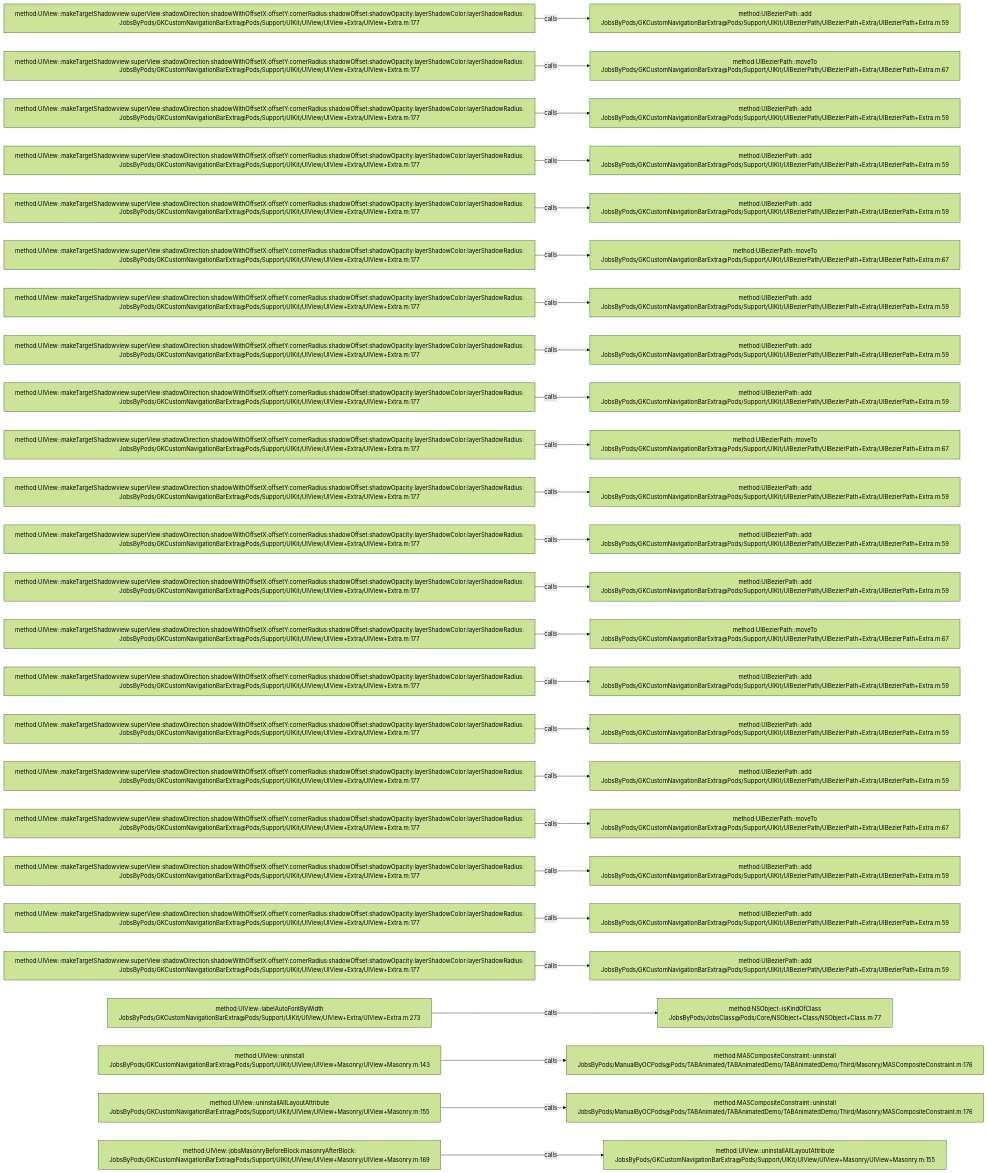
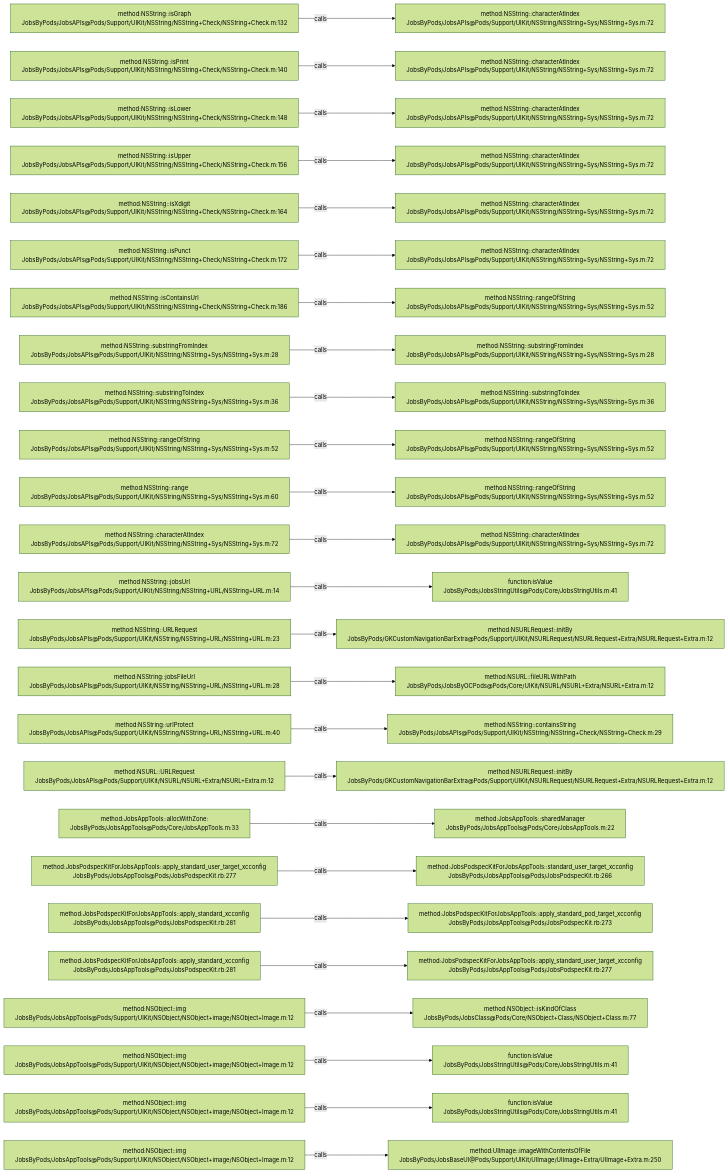
Before and after one commit to JobsKits/JobsOCBaseConfigDemo: the diagram in .codegraph/codegraph.md/graphs/calls-008.md, drawn with Mermaid (forest theme). The commit also changed 573 other files, not shown here.

````diff
--- a/.codegraph/codegraph.md/graphs/calls-008.md
+++ b/.codegraph/codegraph.md/graphs/calls-008.md
@@ -13,78 +13,78 @@
 ```mermaid
 flowchart LR
-  S1["method:UIView::makeTargetShadowview:superView:shadowDirection:shadowWithOffsetX:offsetY:cornerRadius:shadowOffset:shadowOpacity:layerShadowColor:layerShadowRadius:<br/>JobsByPods/GKCustomNavigationBarExtra@Pods/Support/UIKit/UIView/UIView+Extra/UIView+Extra.m:177"]
-  T1["method:UIBezierPath::add<br/>JobsByPods/GKCustomNavigationBarExtra@Pods/Support/UIKit/UIBezierPath/UIBezierPath+Extra/UIBezierPath+Extra.m:59"]
+  S1["method:NSString::isGraph<br/>JobsByPods/JobsAPIs@Pods/Support/UIKit/NSString/NSString+Check/NSString+Check.m:132"]
+  T1["method:NSString::characterAtIndex<br/>JobsByPods/JobsAPIs@Pods/Support/UIKit/NSString/NSString+Sys/NSString+Sys.m:72"]
   S1 -->|calls| T1
-  S2["method:UIView::makeTargetShadowview:superView:shadowDirection:shadowWithOffsetX:offsetY:cornerRadius:shadowOffset:shadowOpacity:layerShadowColor:layerShadowRadius:<br/>JobsByPods/GKCustomNavigationBarExtra@Pods/Support/UIKit/UIView/UIView+Extra/UIView+Extra.m:177"]
-  T2["method:UIBezierPath::moveTo<br/>JobsByPods/GKCustomNavigationBarExtra@Pods/Support/UIKit/UIBezierPath/UIBezierPath+Extra/UIBezierPath+Extra.m:67"]
+  S2["method:NSString::isPrint<br/>JobsByPods/JobsAPIs@Pods/Support/UIKit/NSString/NSString+Check/NSString+Check.m:140"]
+  T2["method:NSString::characterAtIndex<br/>JobsByPods/JobsAPIs@Pods/Support/UIKit/NSString/NSString+Sys/NSString+Sys.m:72"]
   S2 -->|calls| T2
-  S3["method:UIView::makeTargetShadowview:superView:shadowDirection:shadowWithOffsetX:offsetY:cornerRadius:shadowOffset:shadowOpacity:layerShadowColor:layerShadowRadius:<br/>JobsByPods/GKCustomNavigationBarExtra@Pods/Support/UIKit/UIView/UIView+Extra/UIView+Extra.m:177"]
-  T3["method:UIBezierPath::add<br/>JobsByPods/GKCustomNavigationBarExtra@Pods/Support/UIKit/UIBezierPath/UIBezierPath+Extra/UIBezierPath+Extra.m:59"]
+  S3["method:NSString::isLower<br/>JobsByPods/JobsAPIs@Pods/Support/UIKit/NSString/NSString+Check/NSString+Check.m:148"]
+  T3["method:NSString::characterAtIndex<br/>JobsByPods/JobsAPIs@Pods/Support/UIKit/NSString/NSString+Sys/NSString+Sys.m:72"]
   S3 -->|calls| T3
-  S4["method:UIView::makeTargetShadowview:superView:shadowDirection:shadowWithOffsetX:offsetY:cornerRadius:shadowOffset:shadowOpacity:layerShadowColor:layerShadowRadius:<br/>JobsByPods/GKCustomNavigationBarExtra@Pods/Support/UIKit/UIView/UIView+Extra/UIView+Extra.m:177"]
-  T4["method:UIBezierPath::add<br/>JobsByPods/GKCustomNavigationBarExtra@Pods/Support/UIKit/UIBezierPath/UIBezierPath+Extra/UIBezierPath+Extra.m:59"]
+  S4["method:NSString::isUpper<br/>JobsByPods/JobsAPIs@Pods/Support/UIKit/NSString/NSString+Check/NSString+Check.m:156"]
+  T4["method:NSString::characterAtIndex<br/>JobsByPods/JobsAPIs@Pods/Support/UIKit/NSString/NSString+Sys/NSString+Sys.m:72"]
   S4 -->|calls| T4
-  S5["method:UIView::makeTargetShadowview:superView:shadowDirection:shadowWithOffsetX:offsetY:cornerRadius:shadowOffset:shadowOpacity:layerShadowColor:layerShadowRadius:<br/>JobsByPods/GKCustomNavigationBarExtra@Pods/Support/UIKit/UIView/UIView+Extra/UIView+Extra.m:177"]
-  T5["method:UIBezierPath::add<br/>JobsByPods/GKCustomNavigationBarExtra@Pods/Support/UIKit/UIBezierPath/UIBezierPath+Extra/UIBezierPath+Extra.m:59"]
+  S5["method:NSString::isXdigit<br/>JobsByPods/JobsAPIs@Pods/Support/UIKit/NSString/NSString+Check/NSString+Check.m:164"]
+  T5["method:NSString::characterAtIndex<br/>JobsByPods/JobsAPIs@Pods/Support/UIKit/NSString/NSString+Sys/NSString+Sys.m:72"]
   S5 -->|calls| T5
-  S6["method:UIView::makeTargetShadowview:superView:shadowDirection:shadowWithOffsetX:offsetY:cornerRadius:shadowOffset:shadowOpacity:layerShadowColor:layerShadowRadius:<br/>JobsByPods/GKCustomNavigationBarExtra@Pods/Support/UIKit/UIView/UIView+Extra/UIView+Extra.m:177"]
-  T6["method:UIBezierPath::moveTo<br/>JobsByPods/GKCustomNavigationBarExtra@Pods/Support/UIKit/UIBezierPath/UIBezierPath+Extra/UIBezierPath+Extra.m:67"]
+  S6["method:NSString::isPunct<br/>JobsByPods/JobsAPIs@Pods/Support/UIKit/NSString/NSString+Check/NSString+Check.m:172"]
+  T6["method:NSString::characterAtIndex<br/>JobsByPods/JobsAPIs@Pods/Support/UIKit/NSString/NSString+Sys/NSString+Sys.m:72"]
   S6 -->|calls| T6
-  S7["method:UIView::makeTargetShadowview:superView:shadowDirection:shadowWithOffsetX:offsetY:cornerRadius:shadowOffset:shadowOpacity:layerShadowColor:layerShadowRadius:<br/>JobsByPods/GKCustomNavigationBarExtra@Pods/Support/UIKit/UIView/UIView+Extra/UIView+Extra.m:177"]
-  T7["method:UIBezierPath::add<br/>JobsByPods/GKCustomNavigationBarExtra@Pods/Support/UIKit/UIBezierPath/UIBezierPath+Extra/UIBezierPath+Extra.m:59"]
+  S7["method:NSString::isContainsUrl<br/>JobsByPods/JobsAPIs@Pods/Support/UIKit/NSString/NSString+Check/NSString+Check.m:186"]
+  T7["method:NSString::rangeOfString<br/>JobsByPods/JobsAPIs@Pods/Support/UIKit/NSString/NSString+Sys/NSString+Sys.m:52"]
   S7 -->|calls| T7
-  S8["method:UIView::makeTargetShadowview:superView:shadowDirection:shadowWithOffsetX:offsetY:cornerRadius:shadowOffset:shadowOpacity:layerShadowColor:layerShadowRadius:<br/>JobsByPods/GKCustomNavigationBarExtra@Pods/Support/UIKit/UIView/UIView+Extra/UIView+Extra.m:177"]
-  T8["method:UIBezierPath::add<br/>JobsByPods/GKCustomNavigationBarExtra@Pods/Support/UIKit/UIBezierPath/UIBezierPath+Extra/UIBezierPath+Extra.m:59"]
+  S8["method:NSString::substringFromIndex<br/>JobsByPods/JobsAPIs@Pods/Support/UIKit/NSString/NSString+Sys/NSString+Sys.m:28"]
+  T8["method:NSString::substringFromIndex<br/>JobsByPods/JobsAPIs@Pods/Support/UIKit/NSString/NSString+Sys/NSString+Sys.m:28"]
   S8 -->|calls| T8
-  S9["method:UIView::makeTargetShadowview:superView:shadowDirection:shadowWithOffsetX:offsetY:cornerRadius:shadowOffset:shadowOpacity:layerShadowColor:layerShadowRadius:<br/>JobsByPods/GKCustomNavigationBarExtra@Pods/Support/UIKit/UIView/UIView+Extra/UIView+Extra.m:177"]
-  T9["method:UIBezierPath::add<br/>JobsByPods/GKCustomNavigationBarExtra@Pods/Support/UIKit/UIBezierPath/UIBezierPath+Extra/UIBezierPath+Extra.m:59"]
+  S9["method:NSString::substringToIndex<br/>JobsByPods/JobsAPIs@Pods/Support/UIKit/NSString/NSString+Sys/NSString+Sys.m:36"]
+  T9["method:NSString::substringToIndex<br/>JobsByPods/JobsAPIs@Pods/Support/UIKit/NSString/NSString+Sys/NSString+Sys.m:36"]
   S9 -->|calls| T9
-  S10["method:UIView::makeTargetShadowview:superView:shadowDirection:shadowWithOffsetX:offsetY:cornerRadius:shadowOffset:shadowOpacity:layerShadowColor:layerShadowRadius:<br/>JobsByPods/GKCustomNavigationBarExtra@Pods/Support/UIKit/UIView/UIView+Extra/UIView+Extra.m:177"]
-  T10["method:UIBezierPath::moveTo<br/>JobsByPods/GKCustomNavigationBarExtra@Pods/Support/UIKit/UIBezierPath/UIBezierPath+Extra/UIBezierPath+Extra.m:67"]
+  S10["method:NSString::rangeOfString<br/>JobsByPods/JobsAPIs@Pods/Support/UIKit/NSString/NSString+Sys/NSString+Sys.m:52"]
+  T10["method:NSString::rangeOfString<br/>JobsByPods/JobsAPIs@Pods/Support/UIKit/NSString/NSString+Sys/NSString+Sys.m:52"]
   S10 -->|calls| T10
-  S11["method:UIView::makeTargetShadowview:superView:shadowDirection:shadowWithOffsetX:offsetY:cornerRadius:shadowOffset:shadowOpacity:layerShadowColor:layerShadowRadius:<br/>JobsByPods/GKCustomNavigationBarExtra@Pods/Support/UIKit/UIView/UIView+Extra/UIView+Extra.m:177"]
-  T11["method:UIBezierPath::add<br/>JobsByPods/GKCustomNavigationBarExtra@Pods/Support/UIKit/UIBezierPath/UIBezierPath+Extra/UIBezierPath+Extra.m:59"]
+  S11["method:NSString::range<br/>JobsByPods/JobsAPIs@Pods/Support/UIKit/NSString/NSString+Sys/NSString+Sys.m:60"]
+  T11["method:NSString::rangeOfString<br/>JobsByPods/JobsAPIs@Pods/Support/UIKit/NSString/NSString+Sys/NSString+Sys.m:52"]
   S11 -->|calls| T11
-  S12["method:UIView::makeTargetShadowview:superView:shadowDirection:shadowWithOffsetX:offsetY:cornerRadius:shadowOffset:shadowOpacity:layerShadowColor:layerShadowRadius:<br/>JobsByPods/GKCustomNavigationBarExtra@Pods/Support/UIKit/UIView/UIView+Extra/UIView+Extra.m:177"]
-  T12["method:UIBezierPath::add<br/>JobsByPods/GKCustomNavigationBarExtra@Pods/Support/UIKit/UIBezierPath/UIBezierPath+Extra/UIBezierPath+Extra.m:59"]
+  S12["method:NSString::characterAtIndex<br/>JobsByPods/JobsAPIs@Pods/Support/UIKit/NSString/NSString+Sys/NSString+Sys.m:72"]
+  T12["method:NSString::characterAtIndex<br/>JobsByPods/JobsAPIs@Pods/Support/UIKit/NSString/NSString+Sys/NSString+Sys.m:72"]
   S12 -->|calls| T12
-  S13["method:UIView::makeTargetShadowview:superView:shadowDirection:shadowWithOffsetX:offsetY:cornerRadius:shadowOffset:shadowOpacity:layerShadowColor:layerShadowRadius:<br/>JobsByPods/GKCustomNavigationBarExtra@Pods/Support/UIKit/UIView/UIView+Extra/UIView+Extra.m:177"]
-  T13["method:UIBezierPath::add<br/>JobsByPods/GKCustomNavigationBarExtra@Pods/Support/UIKit/UIBezierPath/UIBezierPath+Extra/UIBezierPath+Extra.m:59"]
+  S13["method:NSString::jobsUrl<br/>JobsByPods/JobsAPIs@Pods/Support/UIKit/NSString/NSString+URL/NSString+URL.m:14"]
+  T13["function:isValue<br/>JobsByPods/JobsStringUtils@Pods/Core/JobsStringUtils.m:41"]
   S13 -->|calls| T13
-  S14["method:UIView::makeTargetShadowview:superView:shadowDirection:shadowWithOffsetX:offsetY:cornerRadius:shadowOffset:shadowOpacity:layerShadowColor:layerShadowRadius:<br/>JobsByPods/GKCustomNavigationBarExtra@Pods/Support/UIKit/UIView/UIView+Extra/UIView+Extra.m:177"]
-  T14["method:UIBezierPath::moveTo<br/>JobsByPods/GKCustomNavigationBarExtra@Pods/Support/UIKit/UIBezierPath/UIBezierPath+Extra/UIBezierPath+Extra.m:67"]
+  S14["method:NSString::URLRequest<br/>JobsByPods/JobsAPIs@Pods/Support/UIKit/NSString/NSString+URL/NSString+URL.m:23"]
+  T14["method:NSURLRequest::initBy<br/>JobsByPods/GKCustomNavigationBarExtra@Pods/Support/UIKit/NSURLRequest/NSURLRequest+Extra/NSURLRequest+Extra.m:12"]
   S14 -->|calls| T14
-  S15["method:UIView::makeTargetShadowview:superView:shadowDirection:shadowWithOffsetX:offsetY:cornerRadius:shadowOffset:shadowOpacity:layerShadowColor:layerShadowRadius:<br/>JobsByPods/GKCustomNavigationBarExtra@Pods/Support/UIKit/UIView/UIView+Extra/UIView+Extra.m:177"]
-  T15["method:UIBezierPath::add<br/>JobsByPods/GKCustomNavigationBarExtra@Pods/Support/UIKit/UIBezierPath/UIBezierPath+Extra/UIBezierPath+Extra.m:59"]
+  S15["method:NSString::jobsFileUrl<br/>JobsByPods/JobsAPIs@Pods/Support/UIKit/NSString/NSString+URL/NSString+URL.m:28"]
+  T15["method:NSURL::fileURLWithPath<br/>JobsByPods/JobsByOCPods@Pods/Core/UIKit/NSURL/NSURL+Extra/NSURL+Extra.m:12"]
   S15 -->|calls| T15
-  S16["method:UIView::makeTargetShadowview:superView:shadowDirection:shadowWithOffsetX:offsetY:cornerRadius:shadowOffset:shadowOpacity:layerShadowColor:layerShadowRadius:<br/>JobsByPods/GKCustomNavigationBarExtra@Pods/Support/UIKit/UIView/UIView+Extra/UIView+Extra.m:177"]
-  T16["method:UIBezierPath::add<br/>JobsByPods/GKCustomNavigationBarExtra@Pods/Support/UIKit/UIBezierPath/UIBezierPath+Extra/UIBezierPath+Extra.m:59"]
+  S16["method:NSString::urlProtect<br/>JobsByPods/JobsAPIs@Pods/Support/UIKit/NSString/NSString+URL/NSString+URL.m:40"]
+  T16["method:NSString::containsString<br/>JobsByPods/JobsAPIs@Pods/Support/UIKit/NSString/NSString+Check/NSString+Check.m:29"]
   S16 -->|calls| T16
-  S17["method:UIView::makeTargetShadowview:superView:shadowDirection:shadowWithOffsetX:offsetY:cornerRadius:shadowOffset:shadowOpacity:layerShadowColor:layerShadowRadius:<br/>JobsByPods/GKCustomNavigationBarExtra@Pods/Support/UIKit/UIView/UIView+Extra/UIView+Extra.m:177"]
-  T17["method:UIBezierPath::add<br/>JobsByPods/GKCustomNavigationBarExtra@Pods/Support/UIKit/UIBezierPath/UIBezierPath+Extra/UIBezierPath+Extra.m:59"]
+  S17["method:NSURL::URLRequest<br/>JobsByPods/JobsAPIs@Pods/Support/UIKit/NSURL/NSURL+Extra/NSURL+Extra.m:12"]
+  T17["method:NSURLRequest::initBy<br/>JobsByPods/GKCustomNavigationBarExtra@Pods/Support/UIKit/NSURLRequest/NSURLRequest+Extra/NSURLRequest+Extra.m:12"]
   S17 -->|calls| T17
-  S18["method:UIView::makeTargetShadowview:superView:shadowDirection:shadowWithOffsetX:offsetY:cornerRadius:shadowOffset:shadowOpacity:layerShadowColor:layerShadowRadius:<br/>JobsByPods/GKCustomNavigationBarExtra@Pods/Support/UIKit/UIView/UIView+Extra/UIView+Extra.m:177"]
-  T18["method:UIBezierPath::moveTo<br/>JobsByPods/GKCustomNavigationBarExtra@Pods/Support/UIKit/UIBezierPath/UIBezierPath+Extra/UIBezierPath+Extra.m:67"]
+  S18["method:JobsAppTools::allocWithZone:<br/>JobsByPods/JobsAppTools@Pods/Core/JobsAppTools.m:33"]
+  T18["method:JobsAppTools::sharedManager<br/>JobsByPods/JobsAppTools@Pods/Core/JobsAppTools.m:22"]
   S18 -->|calls| T18
-  S19["method:UIView::makeTargetShadowview:superView:shadowDirection:shadowWithOffsetX:offsetY:cornerRadius:shadowOffset:shadowOpacity:layerShadowColor:layerShadowRadius:<br/>JobsByPods/GKCustomNavigationBarExtra@Pods/Support/UIKit/UIView/UIView+Extra/UIView+Extra.m:177"]
-  T19["method:UIBezierPath::add<br/>JobsByPods/GKCustomNavigationBarExtra@Pods/Support/UIKit/UIBezierPath/UIBezierPath+Extra/UIBezierPath+Extra.m:59"]
+  S19["method:JobsPodspecKitForJobsAppTools::apply_standard_user_target_xcconfig<br/>JobsByPods/JobsAppTools@Pods/JobsPodspecKit.rb:277"]
+  T19["method:JobsPodspecKitForJobsAppTools::standard_user_target_xcconfig<br/>JobsByPods/JobsAppTools@Pods/JobsPodspecKit.rb:266"]
   S19 -->|calls| T19
-  S20["method:UIView::makeTargetShadowview:superView:shadowDirection:shadowWithOffsetX:offsetY:cornerRadius:shadowOffset:shadowOpacity:layerShadowColor:layerShadowRadius:<br/>JobsByPods/GKCustomNavigationBarExtra@Pods/Support/UIKit/UIView/UIView+Extra/UIView+Extra.m:177"]
-  T20["method:UIBezierPath::add<br/>JobsByPods/GKCustomNavigationBarExtra@Pods/Support/UIKit/UIBezierPath/UIBezierPath+Extra/UIBezierPath+Extra.m:59"]
+  S20["method:JobsPodspecKitForJobsAppTools::apply_standard_xcconfig<br/>JobsByPods/JobsAppTools@Pods/JobsPodspecKit.rb:281"]
+  T20["method:JobsPodspecKitForJobsAppTools::apply_standard_pod_target_xcconfig<br/>JobsByPods/JobsAppTools@Pods/JobsPodspecKit.rb:273"]
   S20 -->|calls| T20
-  S21["method:UIView::makeTargetShadowview:superView:shadowDirection:shadowWithOffsetX:offsetY:cornerRadius:shadowOffset:shadowOpacity:layerShadowColor:layerShadowRadius:<br/>JobsByPods/GKCustomNavigationBarExtra@Pods/Support/UIKit/UIView/UIView+Extra/UIView+Extra.m:177"]
-  T21["method:UIBezierPath::add<br/>JobsByPods/GKCustomNavigationBarExtra@Pods/Support/UIKit/UIBezierPath/UIBezierPath+Extra/UIBezierPath+Extra.m:59"]
+  S21["method:JobsPodspecKitForJobsAppTools::apply_standard_xcconfig<br/>JobsByPods/JobsAppTools@Pods/JobsPodspecKit.rb:281"]
+  T21["method:JobsPodspecKitForJobsAppTools::apply_standard_user_target_xcconfig<br/>JobsByPods/JobsAppTools@Pods/JobsPodspecKit.rb:277"]
   S21 -->|calls| T21
-  S22["method:UIView::labelAutoFontByWidth<br/>JobsByPods/GKCustomNavigationBarExtra@Pods/Support/UIKit/UIView/UIView+Extra/UIView+Extra.m:273"]
+  S22["method:NSObject::img<br/>JobsByPods/JobsAppTools@Pods/Support/UIKit/NSObject/NSObject+image/NSObject+Image.m:12"]
   T22["method:NSObject::isKindOfClass<br/>JobsByPods/JobsClass@Pods/Core/NSObject+Class/NSObject+Class.m:77"]
   S22 -->|calls| T22
-  S23["method:UIView::uninstall<br/>JobsByPods/GKCustomNavigationBarExtra@Pods/Support/UIKit/UIView/UIView+Masonry/UIView+Masonry.m:143"]
-  T23["method:MASCompositeConstraint::uninstall<br/>JobsByPods/ManualByOCPods@Pods/TABAnimated/TABAnimatedDemo/TABAnimatedDemo/Third/Masonry/MASCompositeConstraint.m:176"]
+  S23["method:NSObject::img<br/>JobsByPods/JobsAppTools@Pods/Support/UIKit/NSObject/NSObject+image/NSObject+Image.m:12"]
+  T23["function:isValue<br/>JobsByPods/JobsStringUtils@Pods/Core/JobsStringUtils.m:41"]
   S23 -->|calls| T23
-  S24["method:UIView::uninstallAllLayoutAttribute<br/>JobsByPods/GKCustomNavigationBarExtra@Pods/Support/UIKit/UIView/UIView+Masonry/UIView+Masonry.m:155"]
-  T24["method:MASCompositeConstraint::uninstall<br/>JobsByPods/ManualByOCPods@Pods/TABAnimated/TABAnimatedDemo/TABAnimatedDemo/Third/Masonry/MASCompositeConstraint.m:176"]
+  S24["method:NSObject::img<br/>JobsByPods/JobsAppTools@Pods/Support/UIKit/NSObject/NSObject+image/NSObject+Image.m:12"]
+  T24["function:isValue<br/>JobsByPods/JobsStringUtils@Pods/Core/JobsStringUtils.m:41"]
   S24 -->|calls| T24
-  S25["method:UIView::jobsMasonryBeforeBlock:masonryAfterBlock:<br/>JobsByPods/GKCustomNavigationBarExtra@Pods/Support/UIKit/UIView/UIView+Masonry/UIView+Masonry.m:169"]
-  T25["method:UIView::uninstallAllLayoutAttribute<br/>JobsByPods/GKCustomNavigationBarExtra@Pods/Support/UIKit/UIView/UIView+Masonry/UIView+Masonry.m:155"]
+  S25["method:NSObject::img<br/>JobsByPods/JobsAppTools@Pods/Support/UIKit/NSObject/NSObject+image/NSObject+Image.m:12"]
+  T25["method:UIImage::imageWithContentsOfFile<br/>JobsByPods/JobsBaseUI@Pods/Support/UIKit/UIImage/UIImage+Extra/UIImage+Extra.m:250"]
   S25 -->|calls| T25
 ```
````
